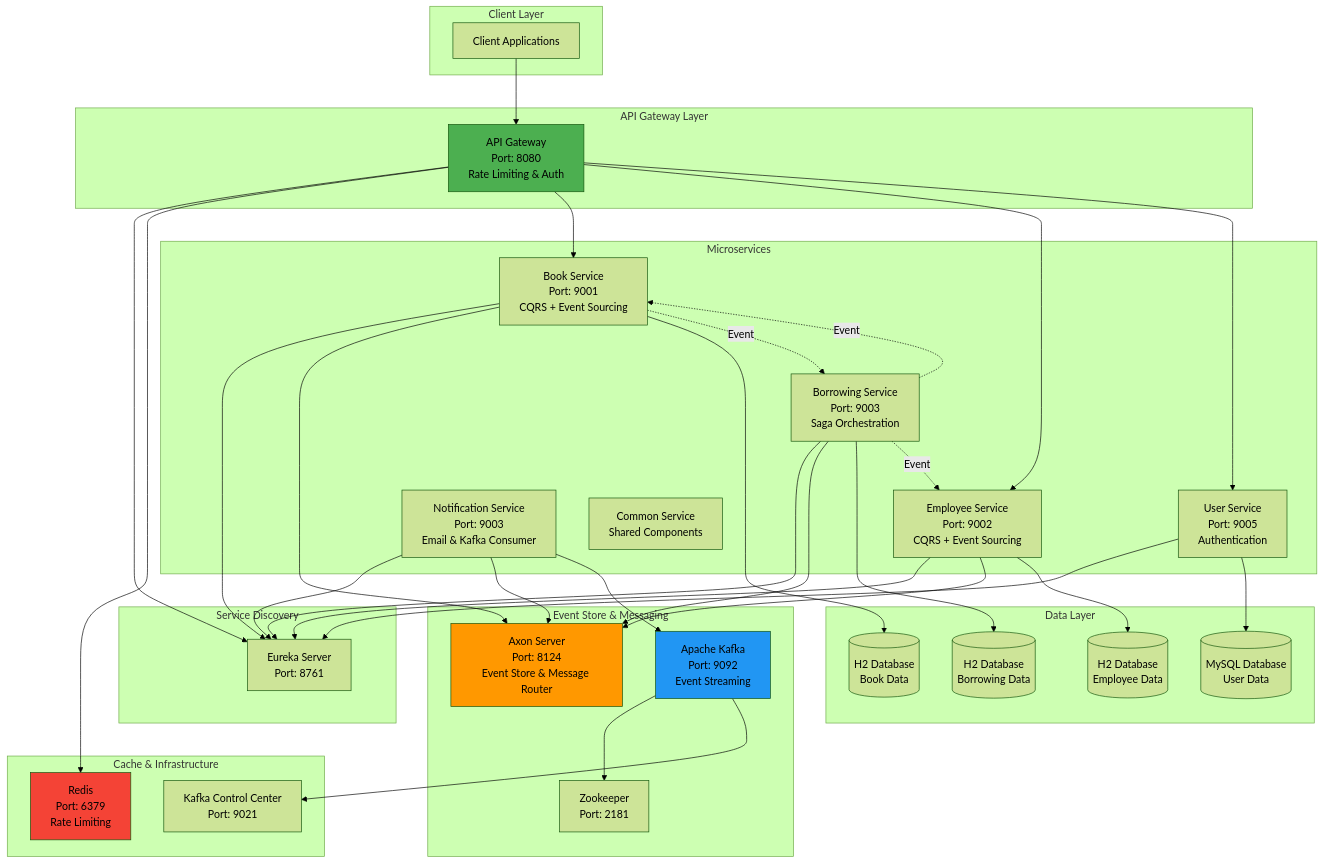
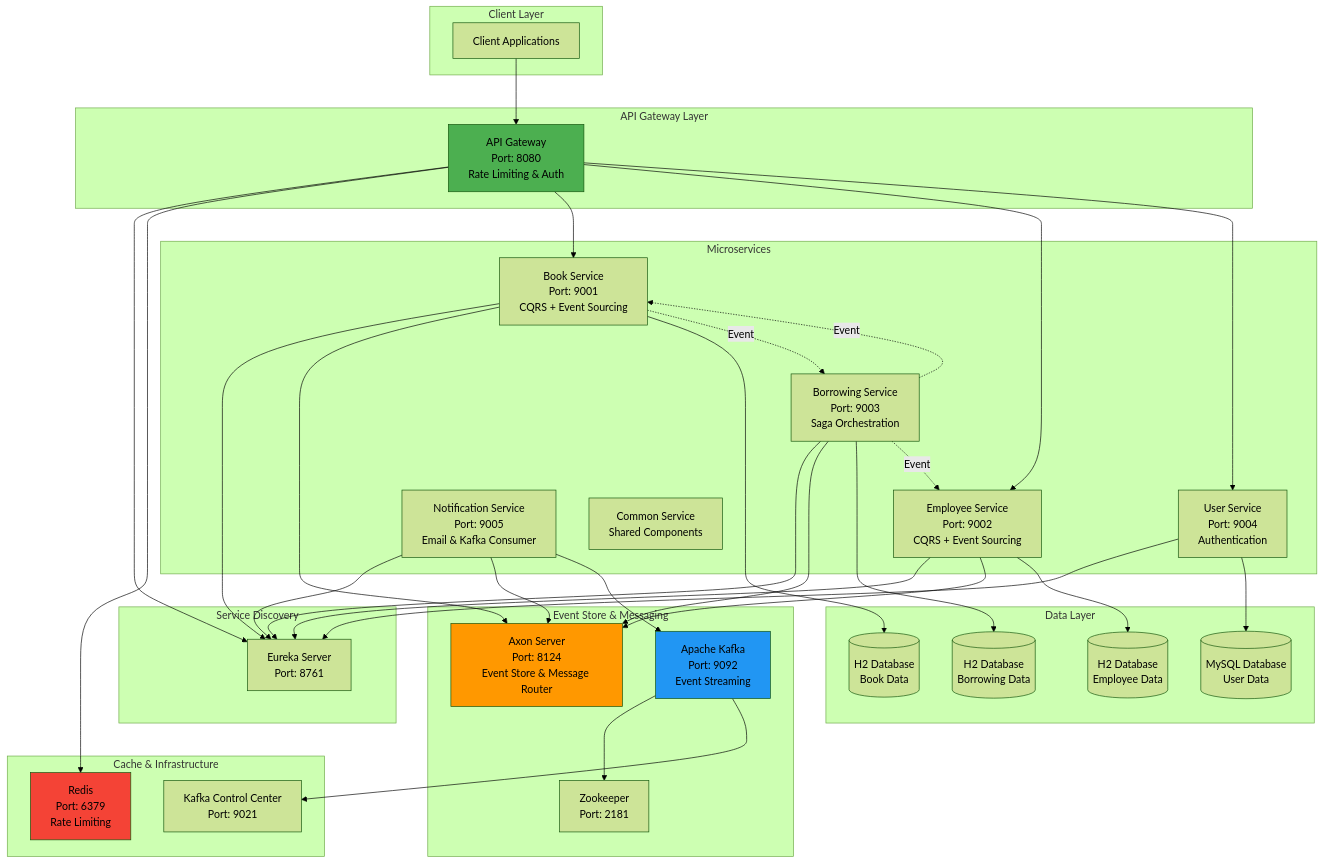
The diagram in README.md (nvminh162/library-management-system), drawn with Mermaid (forest theme) before and after one commit. The commit also changed other lines of this file, not shown here.

````diff
--- a/README.md
+++ b/README.md
@@ -5,77 +5,77 @@
 ```mermaid
 graph TB
     subgraph "Client Layer"
         Client[Client Applications]
     end
 
     subgraph "API Gateway Layer"
         Gateway[API Gateway<br/>Port: 8080<br/>Rate Limiting & Auth]
     end
 
     subgraph "Service Discovery"
         Eureka[Eureka Server<br/>Port: 8761]
     end
 
     subgraph "Microservices"
         BookService[Book Service<br/>Port: 9001<br/>CQRS + Event Sourcing]
         BorrowingService[Borrowing Service<br/>Port: 9003<br/>Saga Orchestration]
         EmployeeService[Employee Service<br/>Port: 9002<br/>CQRS + Event Sourcing]
-        UserService[User Service<br/>Port: 9005<br/>Authentication]
-        NotificationService[Notification Service<br/>Port: 9003<br/>Email & Kafka Consumer]
+        UserService[User Service<br/>Port: 9004<br/>Authentication]
+        NotificationService[Notification Service<br/>Port: 9005<br/>Email & Kafka Consumer]
         CommonService[Common Service<br/>Shared Components]
     end
 
     subgraph "Event Store & Messaging"
         AxonServer[Axon Server<br/>Port: 8124<br/>Event Store & Message Router]
         Kafka[Apache Kafka<br/>Port: 9092<br/>Event Streaming]
         Zookeeper[Zookeeper<br/>Port: 2181]
     end
 
     subgraph "Data Layer"
         BookDB[(H2 Database<br/>Book Data)]
         BorrowingDB[(H2 Database<br/>Borrowing Data)]
         EmployeeDB[(H2 Database<br/>Employee Data)]
         UserDB[(MySQL Database<br/>User Data)]
     end
 
     subgraph "Cache & Infrastructure"
         Redis[Redis<br/>Port: 6379<br/>Rate Limiting]
         ControlCenter[Kafka Control Center<br/>Port: 9021]
     end
 
     Client --> Gateway
     Gateway --> Eureka
     Gateway --> Redis
     Gateway --> BookService
     Gateway --> EmployeeService
     Gateway --> UserService
 
     BookService --> Eureka
     BorrowingService --> Eureka
     EmployeeService --> Eureka
     UserService --> Eureka
     NotificationService --> Eureka
 
     BookService --> AxonServer
     BorrowingService --> AxonServer
     EmployeeService --> AxonServer
     NotificationService --> AxonServer
 
     BookService --> BookDB
     BorrowingService --> BorrowingDB
     EmployeeService --> EmployeeDB
     UserService --> UserDB
 
     NotificationService --> Kafka
     Kafka --> Zookeeper
     Kafka --> ControlCenter
 
     BookService -.Event.-> BorrowingService
     BorrowingService -.Event.-> BookService
     BorrowingService -.Event.-> EmployeeService
 
     style Gateway fill:#4CAF50
     style AxonServer fill:#FF9800
     style Kafka fill:#2196F3
     style Redis fill:#F44336
 ```
````
